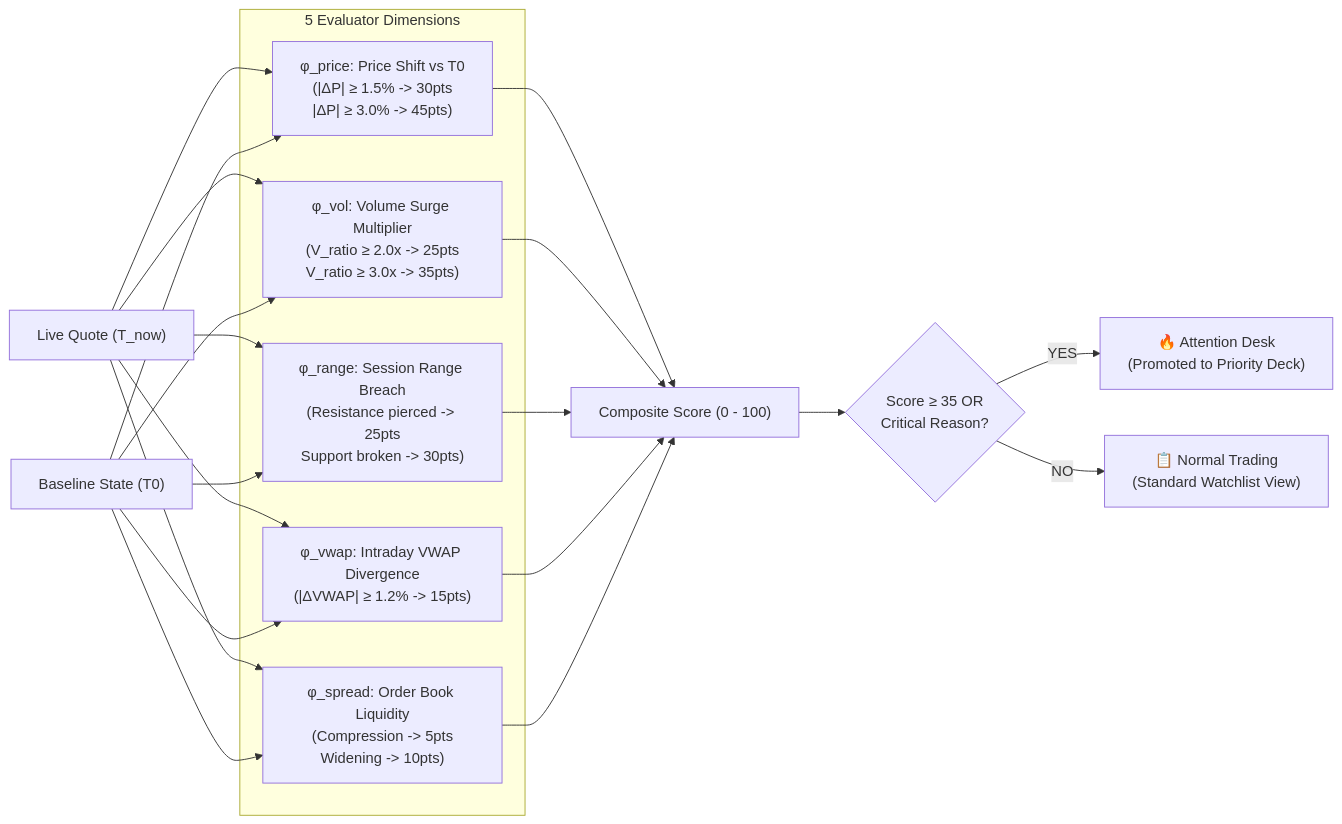
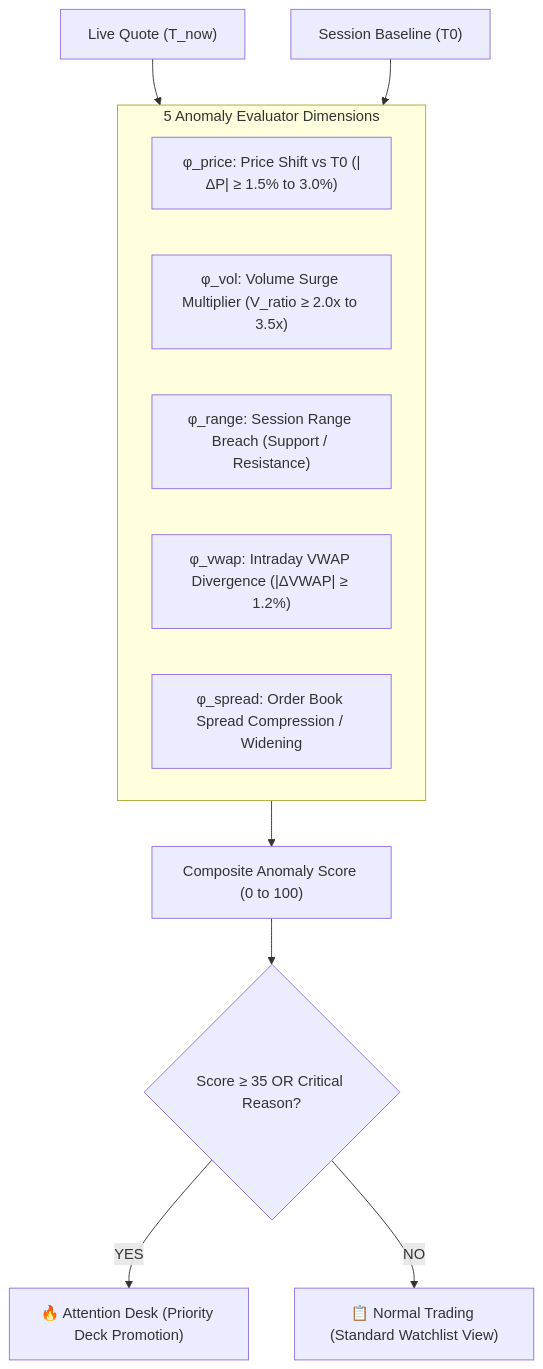
One commit to Khushi1310-nayak/PulseMark changed the third of 8 diagrams in ARCHITECTURE.md. Above: the diagram before and after it, drawn with Mermaid. The commit also changed other lines of this file, not shown here.

Commit message:
fix(docs): resolve GitHub Mermaid diagram syntax errors and replace gantt with flowchart

````diff
--- a/ARCHITECTURE.md
+++ b/ARCHITECTURE.md
@@ -163,22 +163,22 @@
 ```mermaid
-flowchart LR
+flowchart TD
     Tick["Live Quote (T_now)"]
-    T0["Baseline State (T0)"]
+    T0["Session Baseline (T0)"]
 
-    subgraph EvaluatorDimensions["5 Evaluator Dimensions"]
-        D1["φ_price: Price Shift vs T0\n(|ΔP| ≥ 1.5% -> 30pts\n|ΔP| ≥ 3.0% -> 45pts)"]
-        D2["φ_vol: Volume Surge Multiplier\n(V_ratio ≥ 2.0x -> 25pts\nV_ratio ≥ 3.0x -> 35pts)"]
-        D3["φ_range: Session Range Breach\n(Resistance pierced -> 25pts\nSupport broken -> 30pts)"]
-        D4["φ_vwap: Intraday VWAP Divergence\n(|ΔVWAP| ≥ 1.2% -> 15pts)"]
-        D5["φ_spread: Order Book Liquidity\n(Compression -> 5pts\nWidening -> 10pts)"]
+    subgraph Dimensions ["5 Anomaly Evaluator Dimensions"]
+        D1["φ_price: Price Shift vs T0 (|ΔP| ≥ 1.5% to 3.0%)"]
+        D2["φ_vol: Volume Surge Multiplier (V_ratio ≥ 2.0x to 3.5x)"]
+        D3["φ_range: Session Range Breach (Support / Resistance)"]
+        D4["φ_vwap: Intraday VWAP Divergence (|ΔVWAP| ≥ 1.2%)"]
+        D5["φ_spread: Order Book Spread Compression / Widening"]
     end
 
-    Tick --> D1 & D2 & D3 & D4 & D5
-    T0 --> D1 & D2 & D3 & D4 & D5
+    Tick --> Dimensions
+    T0 --> Dimensions
 
-    D1 & D2 & D3 & D4 & D5 --> Sum["Composite Score (0 - 100)"]
+    Dimensions --> Sum["Composite Anomaly Score (0 to 100)"]
 
-    Sum --> Check{"Score ≥ 35 OR\nCritical Reason?"}
-    Check -->|YES| AttentionDesk["🔥 Attention Desk\n(Promoted to Priority Deck)"]
-    Check -->|NO| NormalTrading["📋 Normal Trading\n(Standard Watchlist View)"]
+    Sum --> Check{"Score ≥ 35 OR Critical Reason?"}
+    Check -->|YES| AttentionDesk["🔥 Attention Desk (Priority Deck Promotion)"]
+    Check -->|NO| NormalTrading["📋 Normal Trading (Standard Watchlist View)"]
 ```
````
